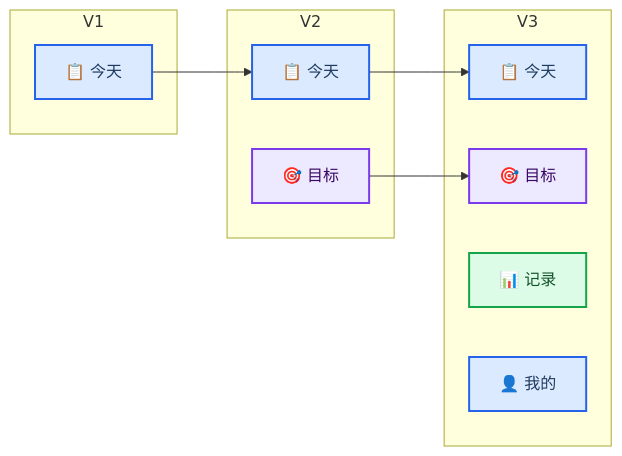
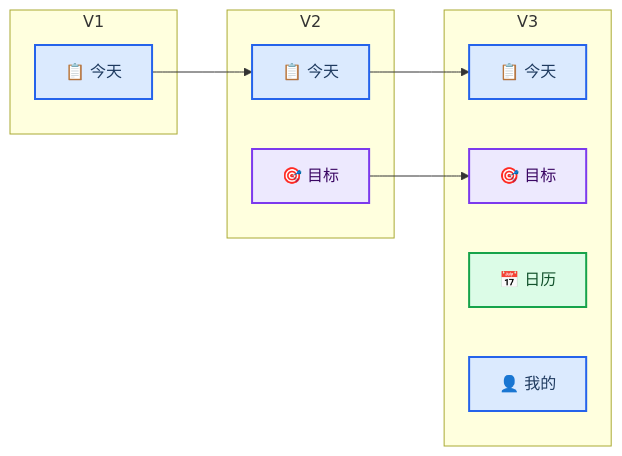
Before and after one commit to matchless0101/zhouji: the first of 4 diagrams in docs/02-产品需求文档-PRD.md, drawn with Mermaid. The commit also changed other lines of this file and 29 other files, not shown here.

````diff
--- a/docs/02-产品需求文档-PRD.md
+++ b/docs/02-产品需求文档-PRD.md
@@ -86,34 +88,34 @@
 ```mermaid
 flowchart LR
     accTitle: 粥记信息架构演进
-    accDescr: V1 只有今天页面，V2 增加目标页面，V3 增加记录页面和本地我的页面。
+    accDescr: V1 只有今天页面，V2 增加目标页面，V3 增加日历页面和本地我的页面。
 
     subgraph version_one ["V1"]
         today_one["📋 今天"]
     end
 
     subgraph version_two ["V2"]
         today_two["📋 今天"]
         goals_two["🎯 目标"]
     end
 
     subgraph version_three ["V3"]
         today_three["📋 今天"]
         goals_three["🎯 目标"]
-        records_three["📊 记录"]
+        records_three["📅 日历"]
         profile_three["👤 我的"]
     end
 
     today_one --> today_two
     today_two --> today_three
     goals_two --> goals_three
 
     classDef primary fill:#dbeafe,stroke:#2563eb,stroke-width:2px,color:#1e3a5f
     classDef accent fill:#ede9fe,stroke:#7c3aed,stroke-width:2px,color:#3b0764
     classDef success fill:#dcfce7,stroke:#16a34a,stroke-width:2px,color:#14532d
 
     class today_one,today_two,today_three primary
     class goals_two,goals_three accent
     class records_three success
     class profile_three primary
 ```
````
